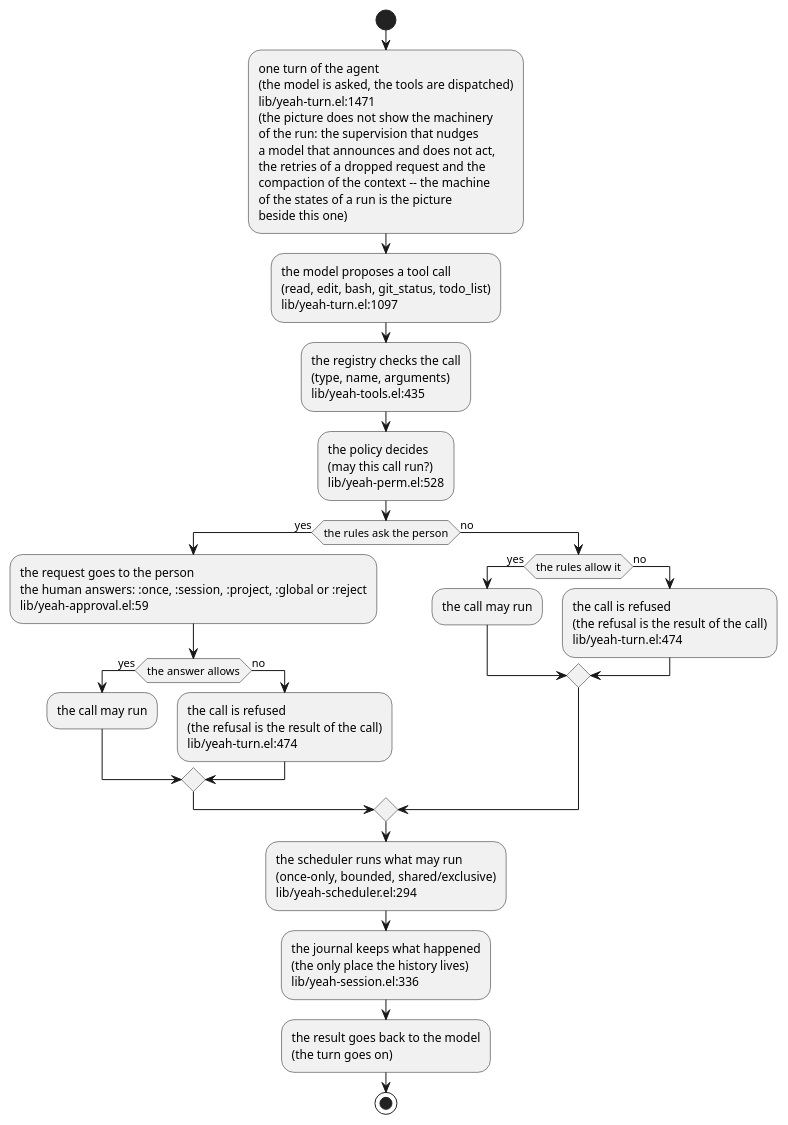
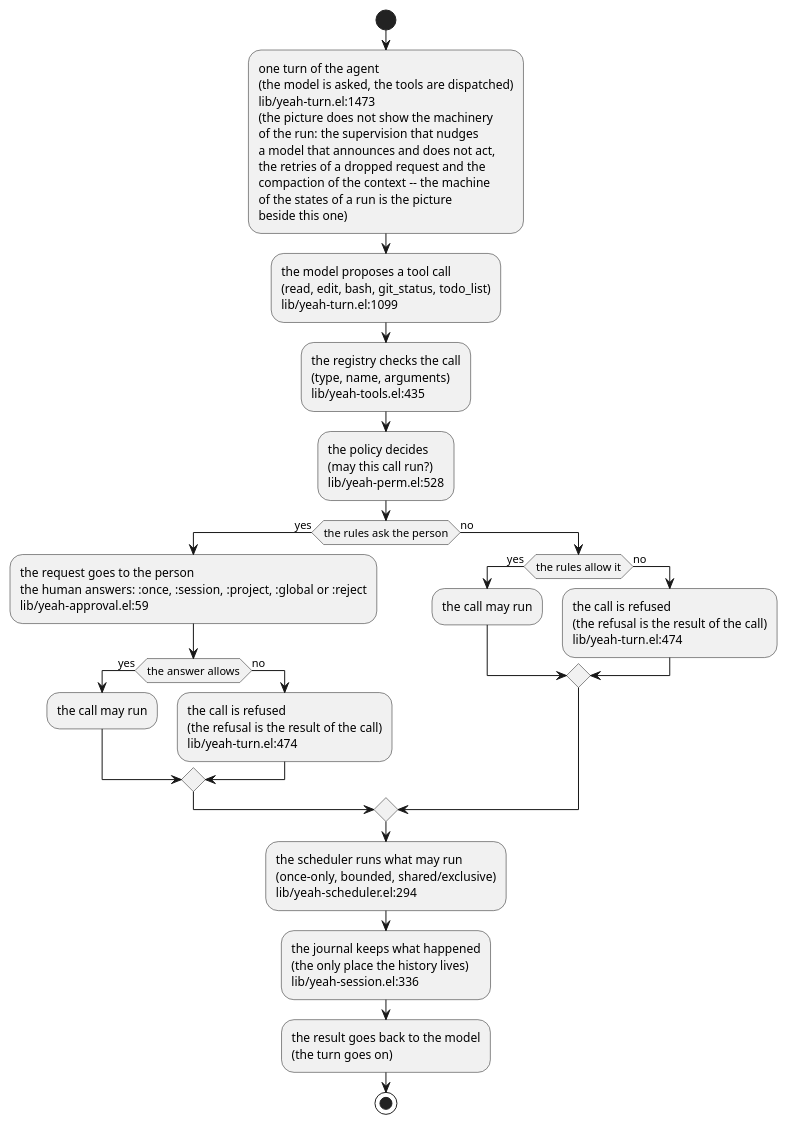
Before and after one commit to 11111000000/yeah: the diagram in site/diagrams/one-turn.puml, drawn with PlantUML. The commit also changed 7 other files, not shown here.

Commit message:
fix(site): re-anchor turn diagram references

```diff
--- a/site/diagrams/one-turn.puml
+++ b/site/diagrams/one-turn.puml
@@ -1,63 +1,63 @@
 @startuml one-turn
 ' One turn of the agent loop, end to end.
 '
 ' The model proposes a call of a tool; the registry checks the call; the
 ' policy decides whether the call may run; the person answers when the rules
 ' ask; the scheduler runs what may run; the journal keeps what happened; the
 ' result goes back to the model and the turn goes on.
 '
 ' The model proposes and does not decide: the registry and the policy decide
 ' what may run, and the journal is the only place where the history lives.
 '
 ' Every block that asserts something about the code names the files that
 ' implement it, as `file:line'.  The names of the tools are the names the
 ' model calls them by.
 
 start
 :one turn of the agent
 (the model is asked, the tools are dispatched)
-lib/yeah-turn.el:1471
+lib/yeah-turn.el:1473
 (the picture does not show the machinery
 of the run: the supervision that nudges
 a model that announces and does not act,
 the retries of a dropped request and the
 compaction of the context -- the machine
 of the states of a run is the picture
 beside this one);
 :the model proposes a tool call
 (read, edit, bash, git_status, todo_list)
-lib/yeah-turn.el:1097;
+lib/yeah-turn.el:1099;
 :the registry checks the call
 (type, name, arguments)
 lib/yeah-tools.el:435;
 :the policy decides
 (may this call run?)
 lib/yeah-perm.el:528;
 if (the rules ask the person) then (yes)
   :the request goes to the person\nthe human answers: :once, :session, :project, :global or :reject\nlib/yeah-approval.el:59;
   if (the answer allows) then (yes)
     :the call may run;
   else (no)
     :the call is refused
     (the refusal is the result of the call)
     lib/yeah-turn.el:474;
   endif
 else (no)
   if (the rules allow it) then (yes)
     :the call may run;
   else (no)
     :the call is refused
     (the refusal is the result of the call)
     lib/yeah-turn.el:474;
   endif
 endif
 :the scheduler runs what may run
 (once-only, bounded, shared/exclusive)
 lib/yeah-scheduler.el:294;
 :the journal keeps what happened
 (the only place the history lives)
 lib/yeah-session.el:336;
 :the result goes back to the model
 (the turn goes on);
 stop
 @enduml
```
